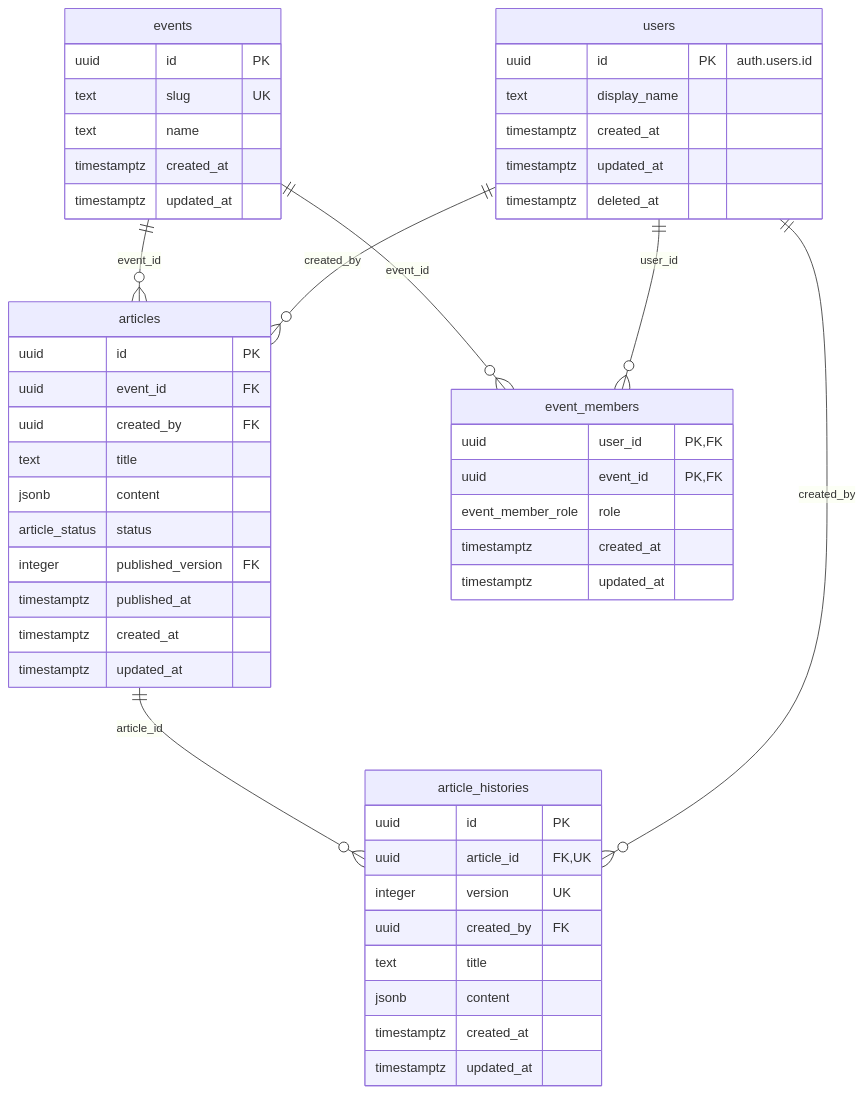
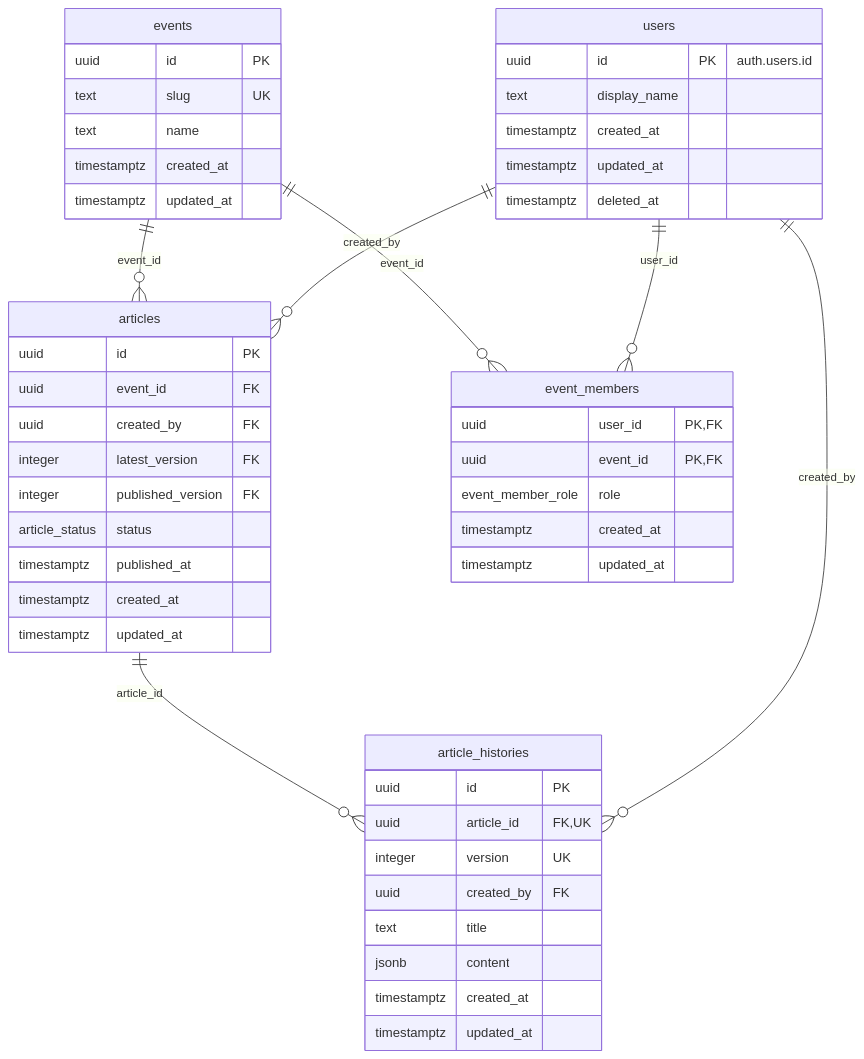
Before and after one commit to Studio-Takumi/fesp-suite: the diagram in docs/db.md, drawn with Mermaid. The commit also changed other lines of this file and 1 other file, not shown here.

````diff
--- a/docs/db.md
+++ b/docs/db.md
@@ -3,57 +3,56 @@
 ```mermaid
 erDiagram
     events ||--o{ articles : "event_id"
     events ||--o{ event_members : "event_id"
     users ||--o{ event_members : "user_id"
     users ||--o{ articles : "created_by"
     articles ||--o{ article_histories : "article_id"
     users ||--o{ article_histories : "created_by"
 
     events {
         uuid id PK
         text slug UK
         text name
         timestamptz created_at
         timestamptz updated_at
     }
 
     articles {
         uuid id PK
         uuid event_id FK
         uuid created_by FK
-        text title
-        jsonb content
+        integer latest_version FK
+        integer published_version FK
         article_status status
-        integer published_version FK
         timestamptz published_at
         timestamptz created_at
         timestamptz updated_at
     }
 
     article_histories {
         uuid id PK
         uuid article_id FK,UK
         integer version UK
         uuid created_by FK
         text title
         jsonb content
         timestamptz created_at
         timestamptz updated_at
     }
 
     users {
         uuid id PK "auth.users.id"
         text display_name
         timestamptz created_at
         timestamptz updated_at
         timestamptz deleted_at
     }
 
     event_members {
         uuid user_id PK,FK
         uuid event_id PK,FK
         event_member_role role
         timestamptz created_at
         timestamptz updated_at
     }
 ```
````
